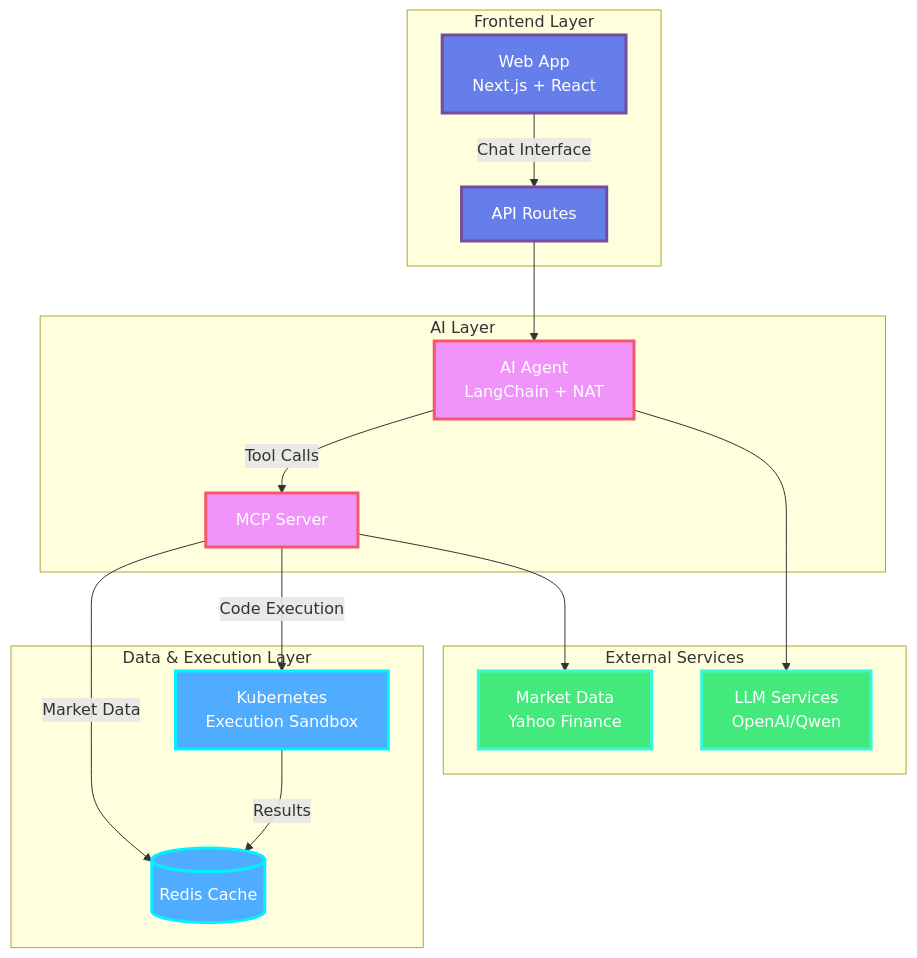
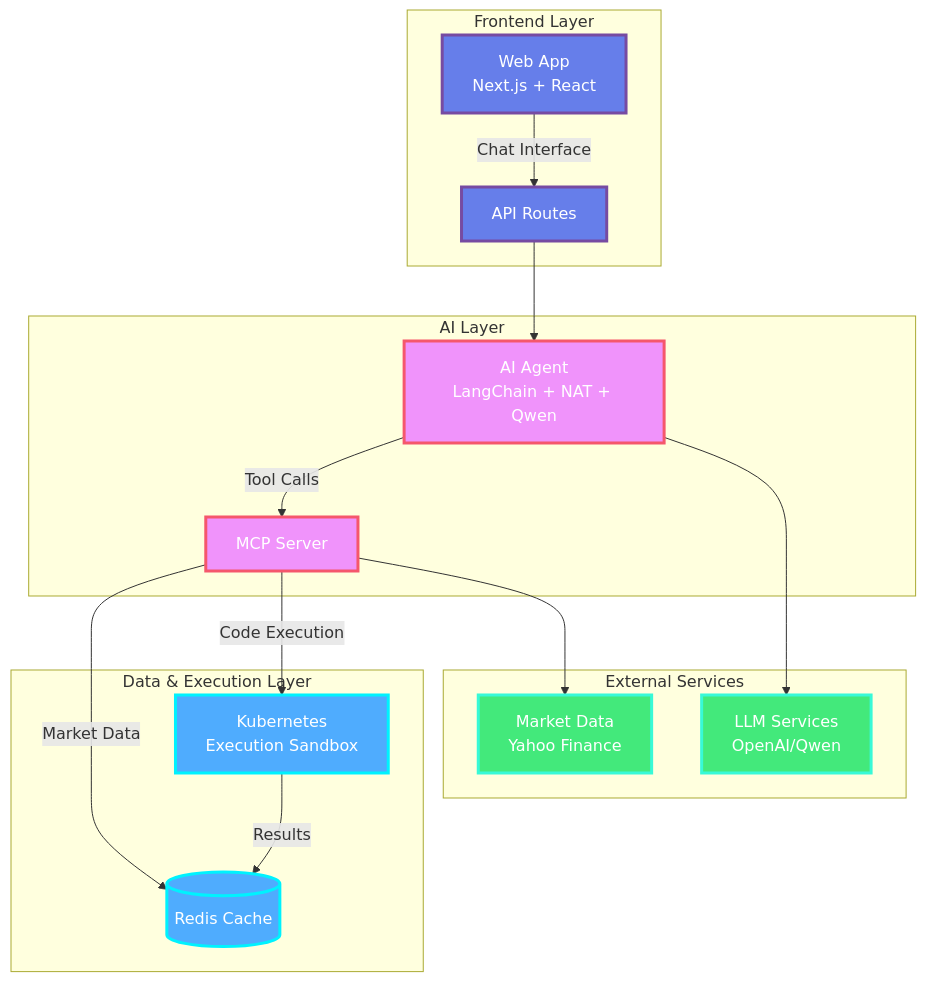
One commit to nlpquant/AgentQuant changed the first of 2 diagrams in README.md. Above: the diagram before and after it, drawn with Mermaid. The commit also changed other lines of this file, not shown here.

Commit message:
Update README to include Alibaba Qwen as a supported Large Language Model

````diff
--- a/README.md
+++ b/README.md
@@ -48,37 +48,37 @@
 ```mermaid
 graph TB
     subgraph "Frontend Layer"
         UI[Web App<br/>Next.js + React]
         UI --> |Chat Interface| API[API Routes]
     end
 
     subgraph "AI Layer"
-        AGENT[AI Agent<br/>LangChain + NAT]
+        AGENT[AI Agent<br/>LangChain + NAT + Qwen]
         AGENT --> |Tool Calls| MCP[MCP Server]
     end
 
     subgraph "Data & Execution Layer"
         MCP --> |Market Data| REDIS[(Redis Cache)]
         MCP --> |Code Execution| K8S[Kubernetes<br/>Execution Sandbox]
         K8S --> |Results| REDIS
     end
 
     subgraph "External Services"
         MARKET[Market Data<br/>Yahoo Finance]
         LLM[LLM Services<br/>OpenAI/Qwen]
     end
 
     API --> AGENT
     AGENT --> LLM
     MCP --> MARKET
 
     classDef frontend fill:#667eea,stroke:#764ba2,stroke-width:3px,color:#fff
     classDef ai fill:#f093fb,stroke:#f5576c,stroke-width:3px,color:#fff
     classDef data fill:#4facfe,stroke:#00f2fe,stroke-width:3px,color:#fff
     classDef external fill:#43e97b,stroke:#38f9d7,stroke-width:3px,color:#fff
 
     class UI,API frontend
     class AGENT,MCP ai
     class REDIS,K8S data
     class MARKET,LLM external
 ```
````
